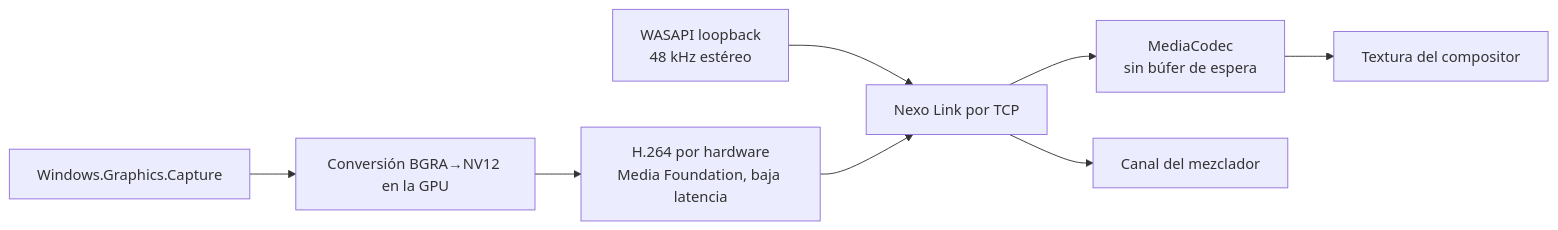
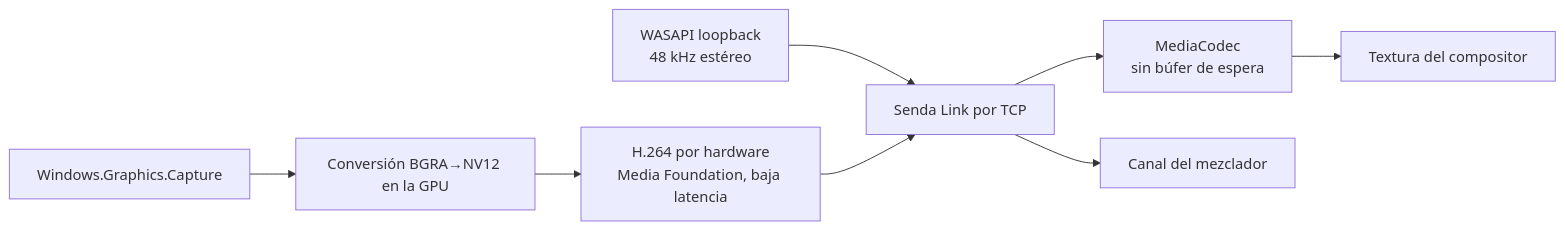
One commit to lopezdevf/nexo-live changed the second of 3 diagrams in docs/ARQUITECTURA.md. Above: the diagram before and after it, drawn with Mermaid. The commit also changed other lines of this file and 172 other files, not shown here.

````diff
--- a/docs/ARQUITECTURA.md
+++ b/docs/ARQUITECTURA.md
@@ -76,10 +76,10 @@
 ```mermaid
 flowchart LR
     WGC[Windows.Graphics.Capture] --> VP[Conversión BGRA→NV12 en la GPU]
     VP --> MFT[H.264 por hardware<br/>Media Foundation, baja latencia]
     WASAPI[WASAPI loopback<br/>48 kHz estéreo] --> TCP
-    MFT --> TCP[Nexo Link por TCP]
+    MFT --> TCP[Senda Link por TCP]
     TCP --> DEC[MediaCodec<br/>sin búfer de espera]
     DEC --> COMP[Textura del compositor]
     TCP --> MIX[Canal del mezclador]
 ```
````
